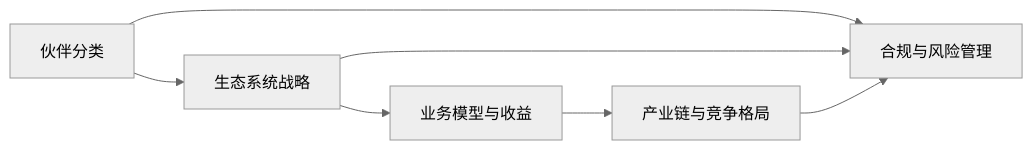
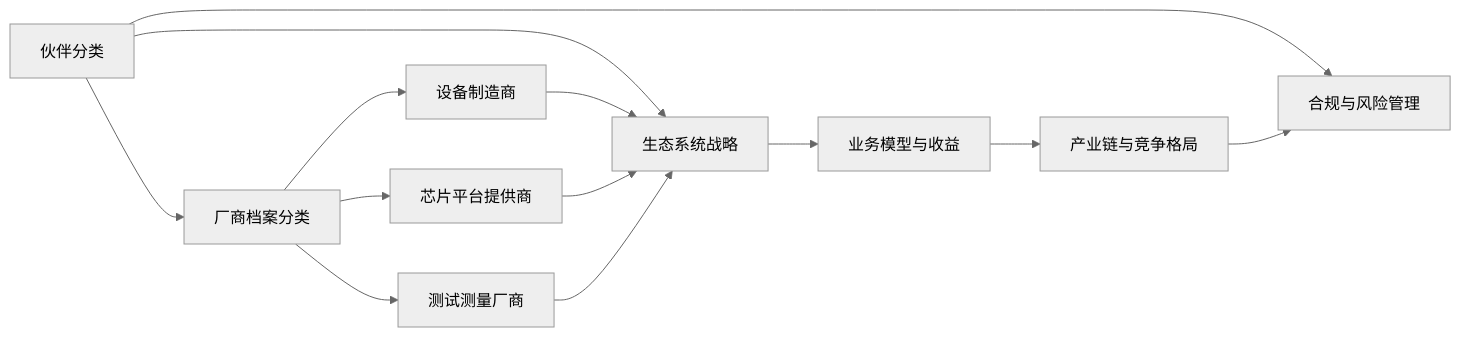
Before and after one commit to allengaller/oran-database: the seventh of 7 diagrams in .qoder/repowiki/zh/content/生态合作/合作伙伴分类.md, drawn with Mermaid (neutral theme). The commit also changed other lines of this file and 372 other files, not shown here.

````diff
--- a/.qoder/repowiki/zh/content/生态合作/合作伙伴分类.md
+++ b/.qoder/repowiki/zh/content/生态合作/合作伙伴分类.md
@@ -304,9 +436,15 @@
 ```mermaid
 graph LR
 分类["伙伴分类"] --> 策略["生态系统战略"]
 策略 --> 业务["业务模型与收益"]
 业务 --> 生态["产业链与竞争格局"]
 分类 --> 合规["合规与风险管理"]
-策略 --> 合规
 生态 --> 合规
+分类 --> 厂商["厂商档案分类"]
+厂商 --> 设备商["设备制造商"]
+厂商 --> 芯片商["芯片平台提供商"]
+厂商 --> 测试商["测试测量厂商"]
+设备商 --> 策略
+芯片商 --> 策略
+测试商 --> 策略
 ```
````
